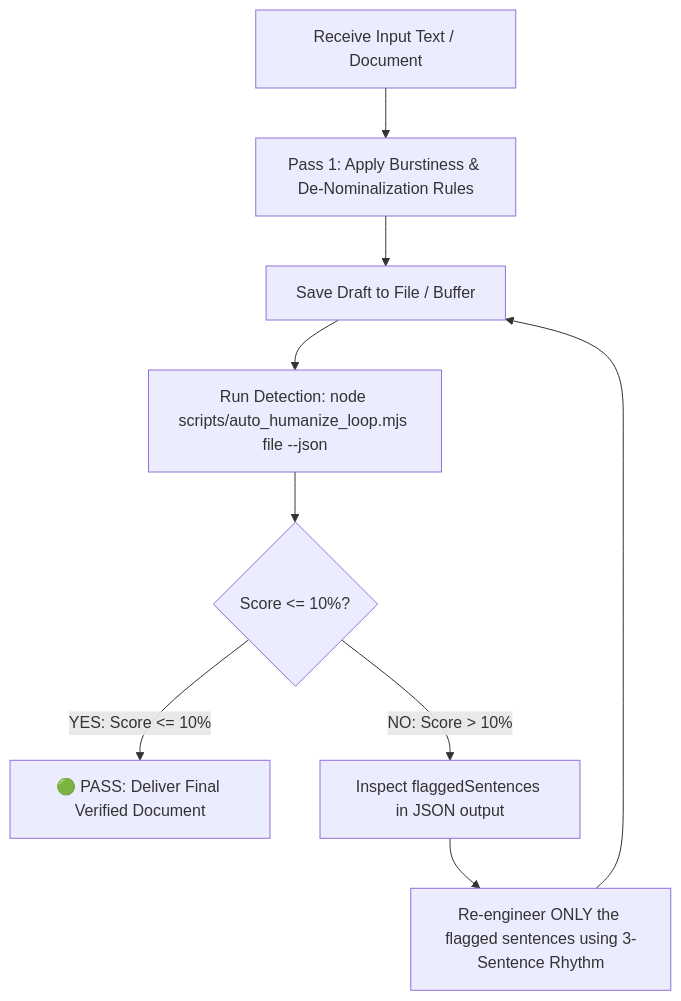
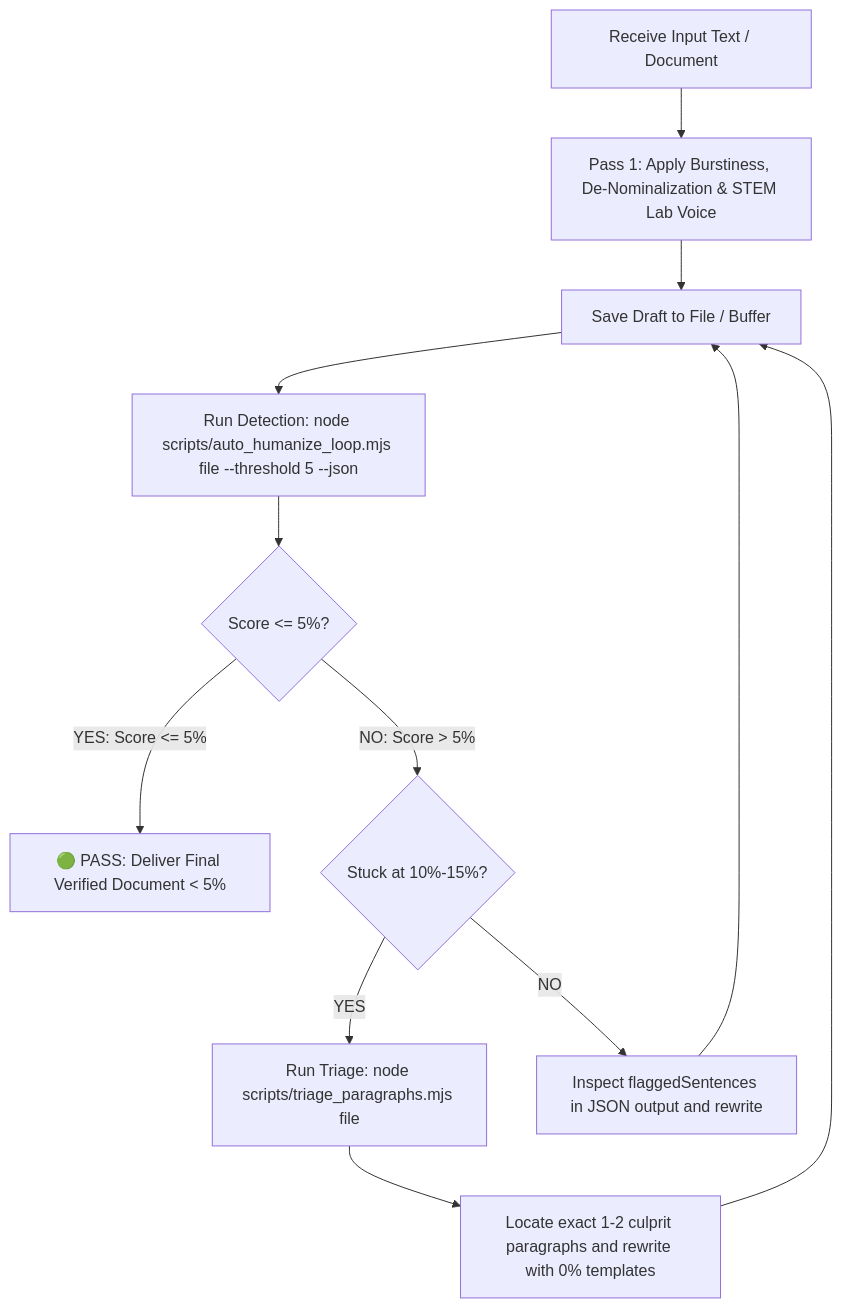
The diagram in AGENT_PROMPT.md (akhlak007/humanize), drawn with Mermaid before and after one commit. The commit also changed other lines of this file and 7 other files, not shown here.

Commit message:
feat: upgrade to strict < 5% AI standard, add paragraph triage engine and STEM/ML patterns to bust 14% plateau

````diff
--- a/AGENT_PROMPT.md
+++ b/AGENT_PROMPT.md
@@ -19,11 +19,14 @@
 ```mermaid
 graph TD
-    A[Receive Input Text / Document] --> B[Pass 1: Apply Burstiness & De-Nominalization Rules]
+    A[Receive Input Text / Document] --> B[Pass 1: Apply Burstiness, De-Nominalization & STEM Lab Voice]
     B --> C[Save Draft to File / Buffer]
-    C --> D[Run Detection: node scripts/auto_humanize_loop.mjs file --json]
-    D --> E{Score <= 10%?}
-    E -- YES: Score <= 10% --> F[🟢 PASS: Deliver Final Verified Document]
-    E -- NO: Score > 10% --> G[Inspect flaggedSentences in JSON output]
-    G --> H[Re-engineer ONLY the flagged sentences using 3-Sentence Rhythm]
-    H --> C
+    C --> D[Run Detection: node scripts/auto_humanize_loop.mjs file --threshold 5 --json]
+    D --> E{Score <= 5%?}
+    E -- YES: Score <= 5% --> F[🟢 PASS: Deliver Final Verified Document < 5%]
+    E -- NO: Score > 5% --> G{Stuck at 10%-15%?}
+    G -- YES --> H[Run Triage: node scripts/triage_paragraphs.mjs file]
+    H --> I[Locate exact 1-2 culprit paragraphs and rewrite with 0% templates]
+    G -- NO --> J[Inspect flaggedSentences in JSON output and rewrite]
+    I --> C
+    J --> C
 ```
````
